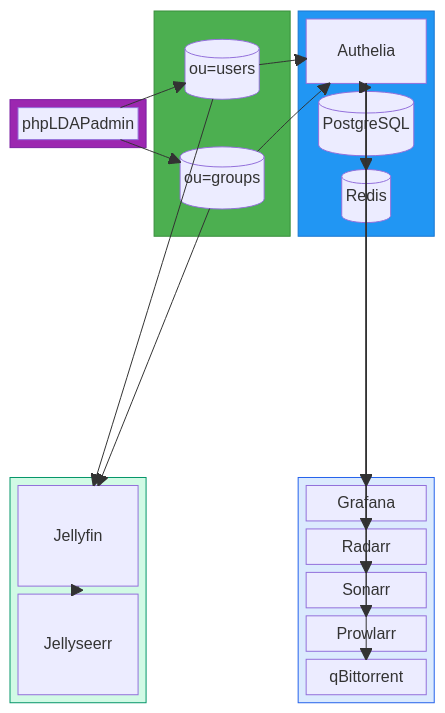
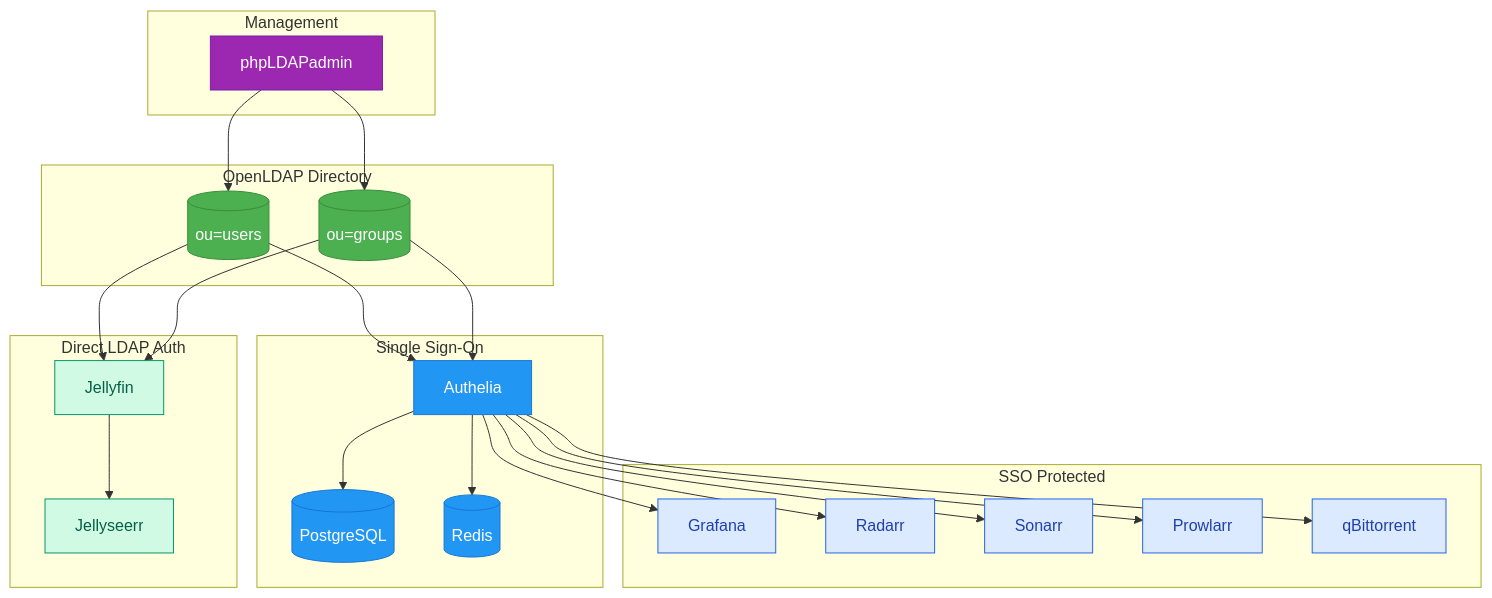
The first of 4 diagrams in docs-site/src/content/docs/guides/ldap.mdx (Mykyta-Home-Server/homeserver), drawn with Mermaid before and after one commit. The commit also changed other lines of this file and 2 other files, not shown here.

First line of the commit message:
Fix Mermaid diagrams: switch from block-beta to flowchart

````diff
--- a/docs-site/src/content/docs/guides/ldap.mdx
+++ b/docs-site/src/content/docs/guides/ldap.mdx
@@ -12,62 +12,57 @@
 ```mermaid
-block-beta
-    columns 3
-
-    block:mgmt:1
-        columns 1
-        mg1["phpLDAPadmin"]
+flowchart TB
+    subgraph Management
+        phpLDAP[phpLDAPadmin]
     end
 
-    block:ldap:1
-        columns 1
-        l1[("ou=users")]
-        l2[("ou=groups")]
+    subgraph LDAP[OpenLDAP Directory]
+        Users[(ou=users)]
+        Groups[(ou=groups)]
     end
 
-    block:sso:1
-        columns 1
-        s1["Authelia"]
-        s2[("PostgreSQL")]
-        s3[("Redis")]
+    subgraph SSO[Single Sign-On]
+        Authelia[Authelia]
+        PG[(PostgreSQL)]
+        Redis[(Redis)]
     end
 
-    space:3
-
-    block:direct:1
-        columns 1
-        d1["Jellyfin"]
-        d2["Jellyseerr"]
+    subgraph Direct[Direct LDAP Auth]
+        Jellyfin[Jellyfin]
+        Jellyseerr[Jellyseerr]
     end
 
-    space:1
-
-    block:protected:1
-        columns 1
-        p1["Grafana"]
-        p2["Radarr"]
-        p3["Sonarr"]
-        p4["Prowlarr"]
-        p5["qBittorrent"]
+    subgraph Protected[SSO Protected]
+        Grafana[Grafana]
+        Radarr[Radarr]
+        Sonarr[Sonarr]
+        Prowlarr[Prowlarr]
+        qBit[qBittorrent]
     end
 
-    mg1 --> l1
-    mg1 --> l2
-    l1 --> s1
-    l2 --> s1
-    s1 --> s2
-    s1 --> s3
-    l1 --> d1
-    l2 --> d1
-    d1 --> d2
-    s1 --> p1
-    s1 --> p2
-    s1 --> p3
-    s1 --> p4
-    s1 --> p5
+    phpLDAP --> Users
+    phpLDAP --> Groups
+    Users --> Authelia
+    Groups --> Authelia
+    Authelia --> PG
+    Authelia --> Redis
+    Users --> Jellyfin
+    Groups --> Jellyfin
+    Jellyfin --> Jellyseerr
+    Authelia --> Grafana
+    Authelia --> Radarr
+    Authelia --> Sonarr
+    Authelia --> Prowlarr
+    Authelia --> qBit
 
-    style mgmt fill:#9c27b0,stroke:#7b1fa2
-    style ldap fill:#4caf50,stroke:#388e3c
-    style sso fill:#2196f3,stroke:#1976d2
-    style direct fill:#d1fae5,stroke:#059669
-    style protected fill:#dbeafe,stroke:#2563eb
+    classDef mgmt fill:#9c27b0,stroke:#7b1fa2,color:#fff
+    classDef ldap fill:#4caf50,stroke:#388e3c,color:#fff
+    classDef sso fill:#2196f3,stroke:#1976d2,color:#fff
+    classDef direct fill:#d1fae5,stroke:#059669,color:#065f46
+    classDef protected fill:#dbeafe,stroke:#2563eb,color:#1e40af
+
+    class phpLDAP mgmt
+    class Users,Groups ldap
+    class Authelia,PG,Redis sso
+    class Jellyfin,Jellyseerr direct
+    class Grafana,Radarr,Sonarr,Prowlarr,qBit protected
 ```
````
